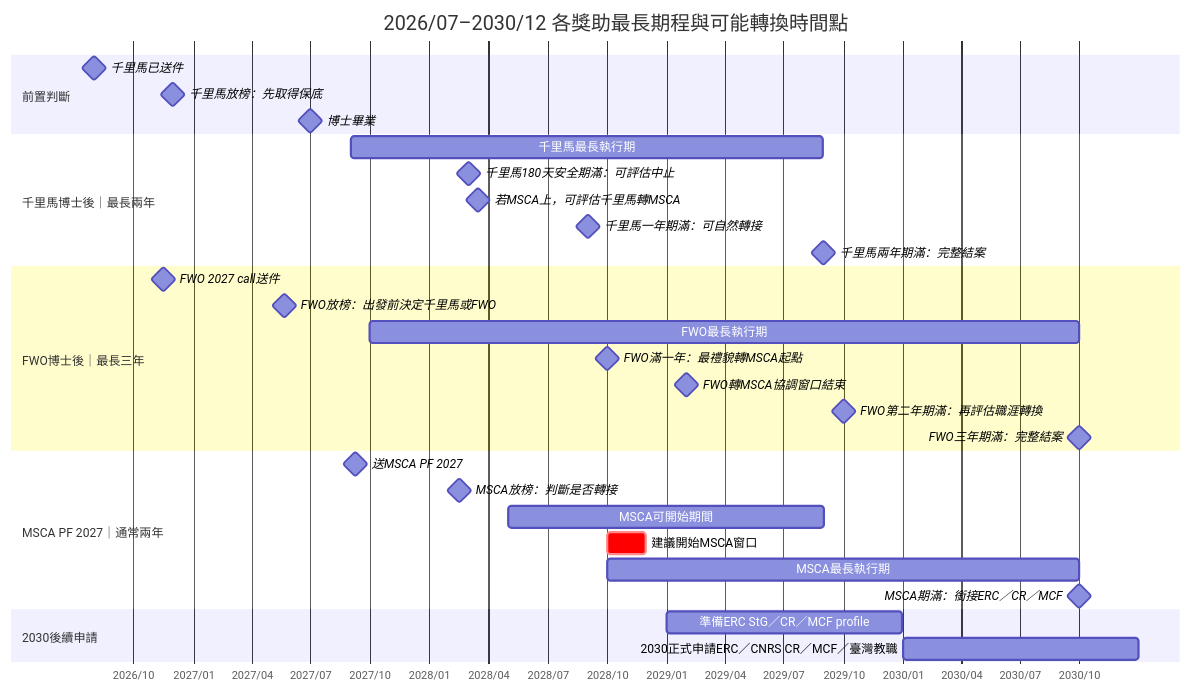
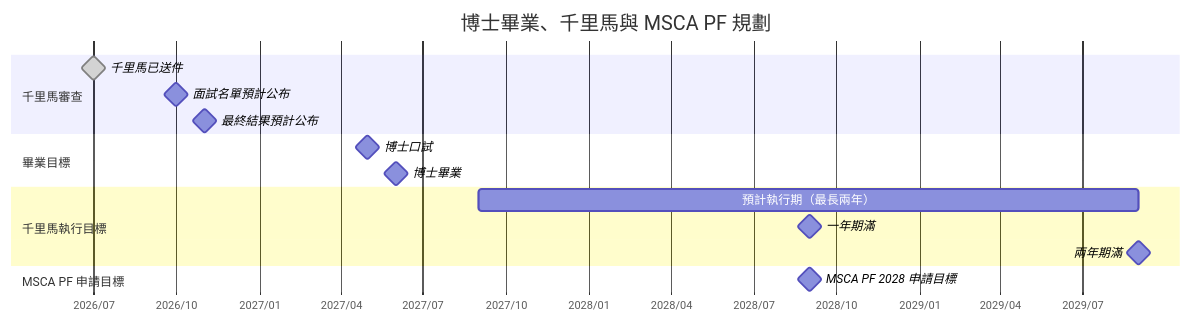
The diagram in README.md (Taoyi-Chiang/postdoc), drawn with Mermaid before and after one commit. The commit also changed other lines of this file, not shown here.

Commit message:
docs: align postdoc roadmap with October 2026 decisions

````diff
--- a/README.md
+++ b/README.md
@@ -1,39 +9,23 @@
 ```mermaid
 gantt
-    title 2026/07–2030/12 各獎助最長期程與可能轉換時間點
-    dateFormat  YYYY-MM-DD
+    title 博士畢業、千里馬與 MSCA PF 規劃
+    dateFormat  YYYY-MM
     axisFormat  %Y/%m
 
-    section 前置判斷
-    千里馬已送件                    :milestone, ksp_submit, 2026-07-31, 1d
-    千里馬放榜：先取得保底           :milestone, ksp_result, 2026-11-30, 1d
-    博士畢業                        :milestone, phd, 2027-06-30, 1d
+    section 千里馬審查
+    千里馬已送件                    :done, milestone, ksp_submit, 2026-07, 0d
+    面試名單預計公布                :milestone, ksp_interview, 2026-10, 0d
+    最終結果預計公布                :milestone, ksp_result, 2026-11, 0d
 
-    section 千里馬博士後｜最長兩年
-    千里馬最長執行期                :ksp_full, 2027-09-01, 2029-08-31
-    千里馬180天安全期滿：可評估中止   :milestone, ksp_180, 2028-03-01, 1d
-    若MSCA上，可評估千里馬轉MSCA     :milestone, ksp_to_msca, 2028-03-15, 1d
-    千里馬一年期滿：可自然轉接        :milestone, ksp_1y, 2028-09-01, 1d
-    千里馬兩年期滿：完整結案          :milestone, ksp_2y_end, 2029-08-31, 1d
+    section 畢業目標
+    博士口試                        :milestone, phd_defense, 2027-05, 0d
+    博士畢業                        :milestone, phd, 2027-06, 0d
 
-    section FWO博士後｜最長三年
-    FWO 2027 call送件               :milestone, fwo_submit, 2026-11-15, 1d
-    FWO放榜：出發前決定千里馬或FWO    :milestone, fwo_result, 2027-05-21, 1d
-    FWO最長執行期                   :fwo_full, 2027-10-01, 2030-09-30
-    FWO滿一年：最禮貌轉MSCA起點       :milestone, fwo_1y, 2028-10-01, 1d
-    FWO轉MSCA協調窗口結束            :milestone, fwo_transition_end, 2029-01-31, 1d
-    FWO第二年期滿：再評估職涯轉換      :milestone, fwo_2y, 2029-10-01, 1d
-    FWO三年期滿：完整結案             :milestone, fwo_3y_end, 2030-09-30, 1d
+    section 千里馬執行目標
+    預計執行期（最長兩年）          :ksp_full, 2027-09, 2029-09
+    一年期滿                        :milestone, ksp_1y, 2028-09, 0d
+    兩年期滿                        :milestone, ksp_2y_end, 2029-09, 0d
 
-    section MSCA PF 2027｜通常兩年
-    送MSCA PF 2027                 :milestone, msca_submit, 2027-09-08, 1d
-    MSCA放榜：判斷是否轉接            :milestone, msca_result, 2028-02-15, 1d
-    MSCA可開始期間                  :msca_start_window, 2028-05-01, 2029-09-01
-    建議開始MSCA窗口                :crit, msca_best_start, 2028-10-01, 2028-11-30
-    MSCA最長執行期                  :msca_full, 2028-10-01, 2030-09-30
-    MSCA期滿：銜接ERC／CR／MCF        :milestone, msca_end, 2030-09-30, 1d
-
-    section 2030後續申請
-    準備ERC StG／CR／MCF profile     :profile, 2029-01-01, 2029-12-31
-    2030正式申請ERC／CNRS CR／MCF／臺灣教職 :career_apps, 2030-01-01, 2030-12-31
+    section MSCA PF 申請目標
+    MSCA PF 2028 申請目標            :milestone, msca_submit, 2028-09, 0d
 ```
````
